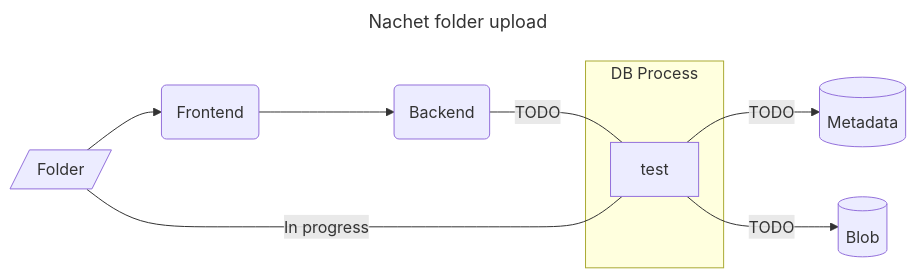
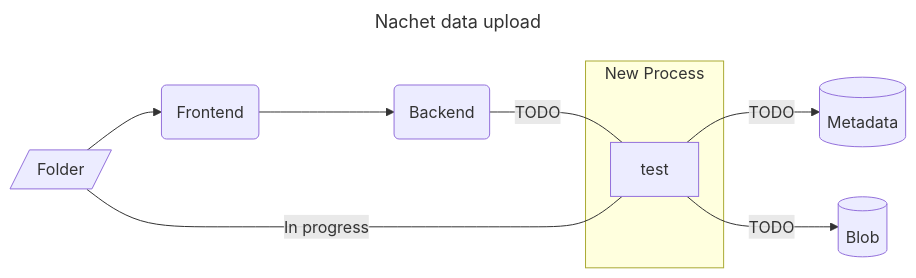
Before and after one commit to ai-cfia/ailab-datastore: the first of 5 diagrams in metadata-doc.md, drawn with Mermaid. The commit also changed other lines of this file, not shown here.

````diff
--- a/metadata-doc.md
+++ b/metadata-doc.md
@@ -10,21 +11,21 @@
 ``` mermaid  
 ---
-title: Nachet folder upload
+title: Nachet data upload
 ---
 flowchart LR;
     DB[(Metadata)] 
     blob[(Blob)]
     FE(Frontend)
     BE(Backend)
     file[/Folder/]
 
     file --> FE
     FE-->BE
-    subgraph tdb [DB Process]
+    subgraph tdb [New Process]
     test:::hidden
     end
     BE -- TODO --- test
     file -- In progress --- test
     test -- TODO --> DB & blob
 
 ``` 
````
